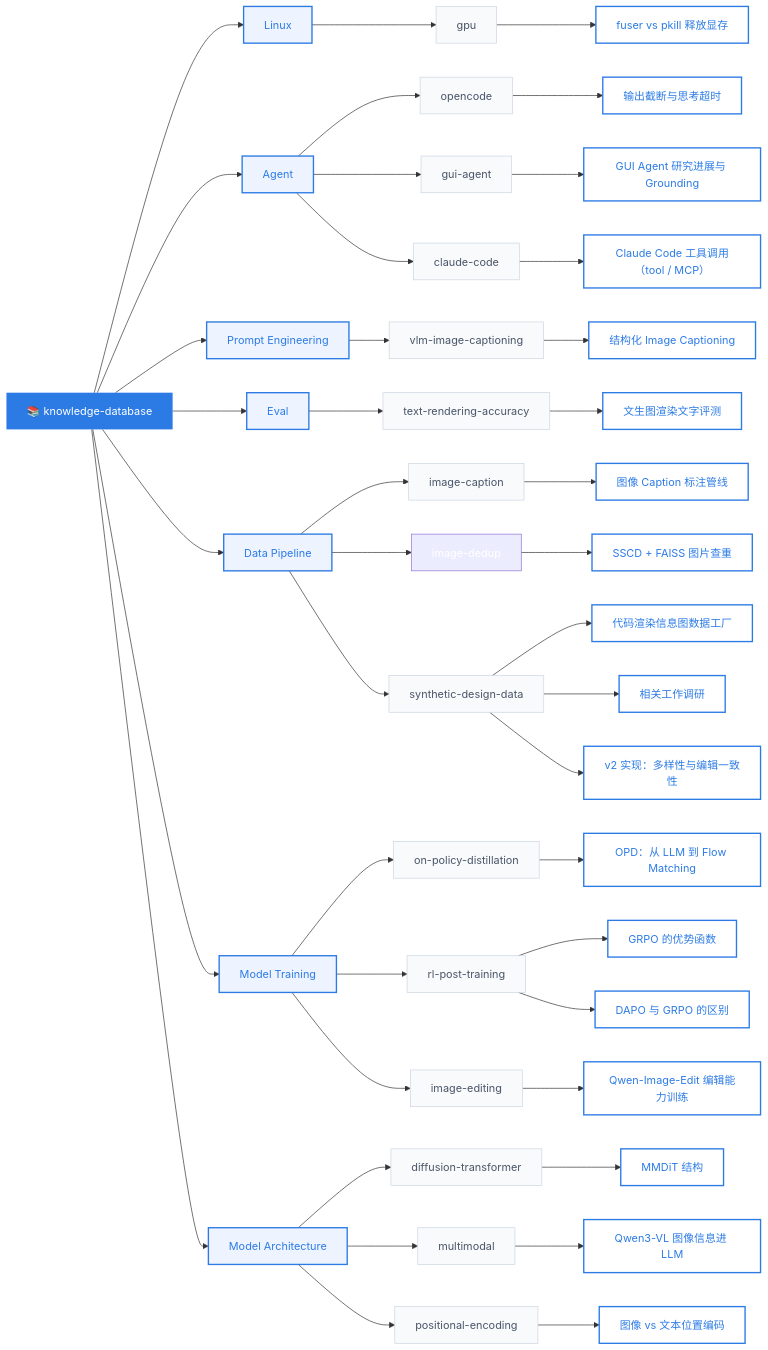
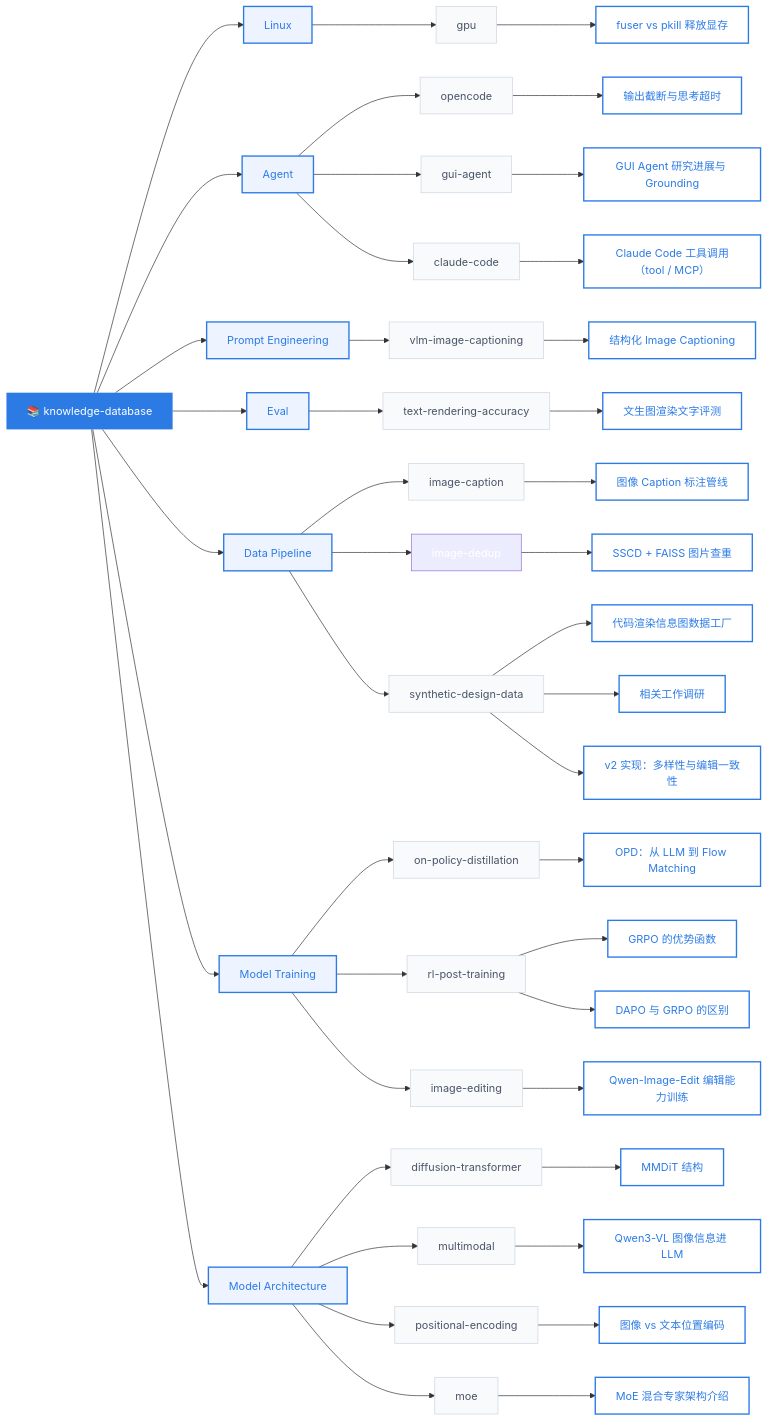
The diagram in README.md (caseclose/knowledge-database), drawn with Mermaid before and after one commit. The commit also changed other lines of this file and 2 other files, not shown here.

Commit message:
add: MoE 混合专家架构介绍

````diff
--- a/README.md
+++ b/README.md
@@ -60,6 +60,8 @@
     MM --> K17["Qwen3-VL 图像信息进 LLM"]
     MA --> PEnc["positional-encoding"]
     PEnc --> K18["图像 vs 文本位置编码"]
+    MA --> MoE["moe"]
+    MoE --> K19["MoE 混合专家架构介绍"]
 
     classDef root fill:#2c7be5,color:#fff,stroke:none
     classDef category fill:#eef4ff,color:#2c7be5,stroke:#2c7be5,stroke-width:2px
@@ -68,8 +70,8 @@
 
     class KB root
     class Linux,Agent,PE,Eval,DP,MT,MA category
-    class GPU,OC,GUI,CC,PE1,EV1,DP1,DP3,OPD,RLPT,IE,DT,MM,PEnc sub
-    class K1,K2,K3,K4,K5,K6,K7,K8,K9,K10,K11,K12,K13,K14,K15,K16,K17,K18 knowledge
+    class GPU,OC,GUI,CC,PE1,EV1,DP1,DP3,OPD,RLPT,IE,DT,MM,PEnc,MoE sub
+    class K1,K2,K3,K4,K5,K6,K7,K8,K9,K10,K11,K12,K13,K14,K15,K16,K17,K18,K19 knowledge
 
     click K1 href "#/linux/gpu/fuser-vs-pkill-release-gpu-memory"
     click K2 href "#/agent/opencode/output-truncation-and-thinking-timeout"
@@ -89,4 +91,5 @@
     click K16 href "#/model-architecture/diffusion-transformer/mmdit-structure"
     click K17 href "#/model-architecture/multimodal/qwen3-vl-vision-injection"
     click K18 href "#/model-architecture/positional-encoding/image-vs-text-positional-encoding"
+    click K19 href "#/model-architecture/moe/moe-architecture-intro"
 ```
````
